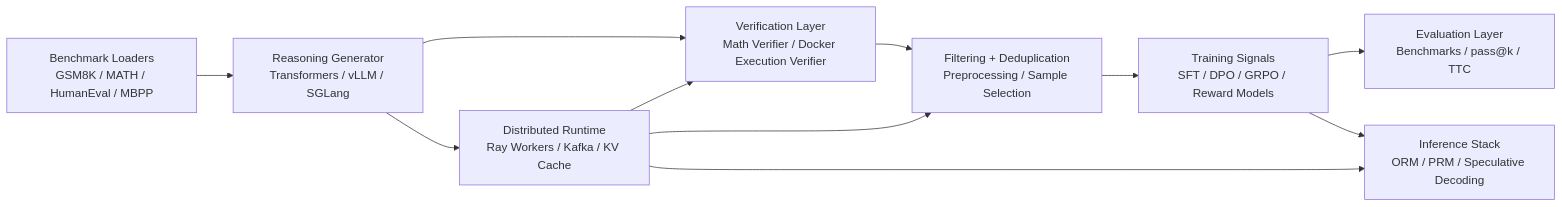
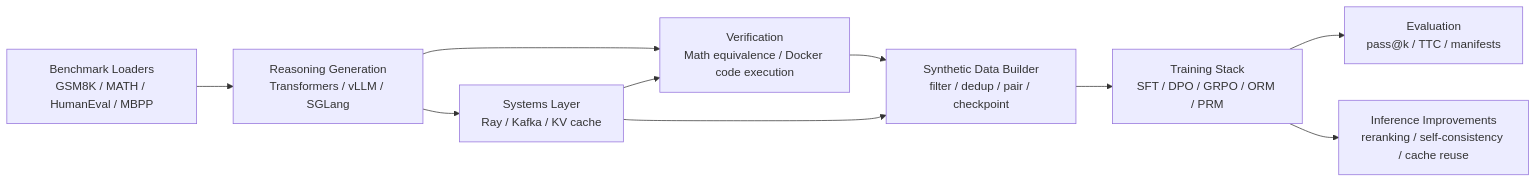
The first of 2 diagrams in README.md (DevDesai444/Distributed-Reasoning-Loop), drawn with Mermaid before and after one commit. The commit also changed other lines of this file, not shown here.

````diff
--- a/README.md
+++ b/README.md
@@ -57,13 +61,12 @@
 ```mermaid
 flowchart LR
-    A["Benchmark Loaders<br/>GSM8K / MATH / HumanEval / MBPP"] --> B["Reasoning Generator<br/>Transformers / vLLM / SGLang"]
-    B --> C["Verification Layer<br/>Math Verifier / Docker Execution Verifier"]
-    C --> D["Filtering + Deduplication<br/>Preprocessing / Sample Selection"]
-    D --> E["Training Signals<br/>SFT / DPO / GRPO / Reward Models"]
-    E --> F["Evaluation Layer<br/>Benchmarks / pass@k / TTC"]
-    E --> G["Inference Stack<br/>ORM / PRM / Speculative Decoding"]
-    B --> H["Distributed Runtime<br/>Ray Workers / Kafka / KV Cache"]
+    A["Benchmark Loaders<br/>GSM8K / MATH / HumanEval / MBPP"] --> B["Reasoning Generation<br/>Transformers / vLLM / SGLang"]
+    B --> C["Verification<br/>Math equivalence / Docker code execution"]
+    C --> D["Synthetic Data Builder<br/>filter / dedup / pair / checkpoint"]
+    D --> E["Training Stack<br/>SFT / DPO / GRPO / ORM / PRM"]
+    E --> F["Evaluation<br/>pass@k / TTC / manifests"]
+    E --> G["Inference Improvements<br/>reranking / self-consistency / cache reuse"]
+    B --> H["Systems Layer<br/>Ray / Kafka / KV cache"]
     H --> C
     H --> D
-    H --> G
 ```
````
